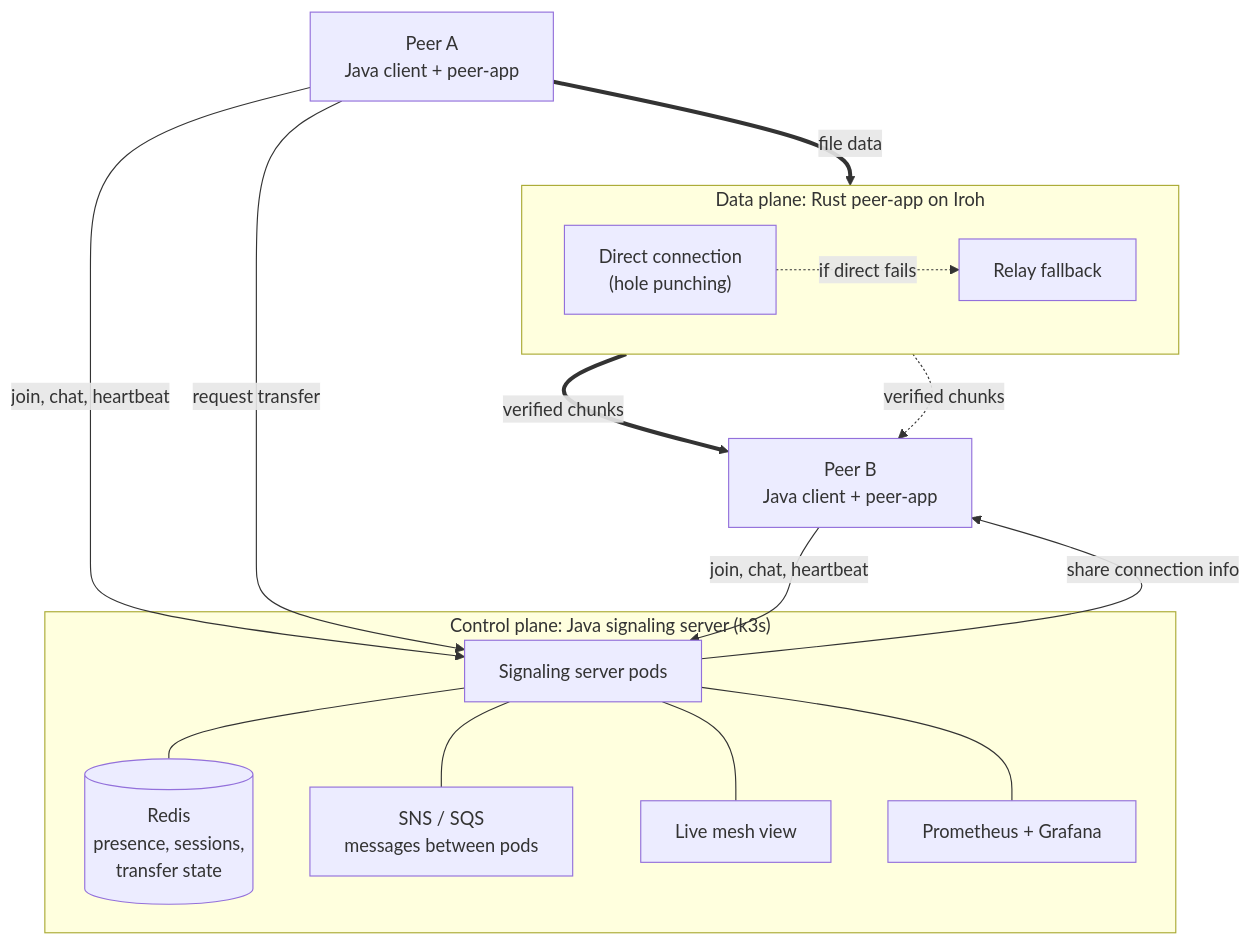
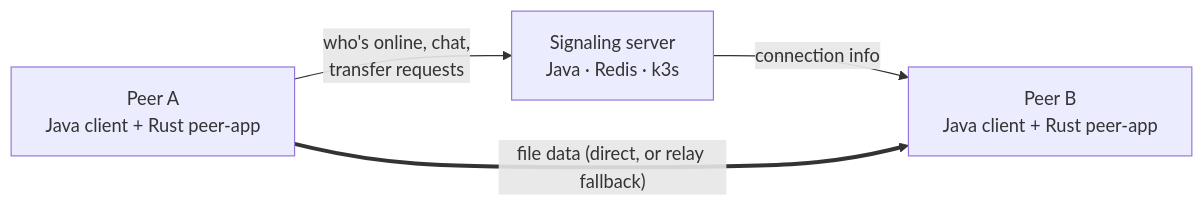
Before and after one commit to shobhit157/Aperture: the first of 2 diagrams in README.md, drawn with Mermaid. The commit also changed other lines of this file, not shown here.

````diff
--- a/README.md
+++ b/README.md
@@ -11,33 +13,10 @@
 ```mermaid
-flowchart TB
-    subgraph CP["Control plane: Java signaling server (k3s)"]
-        S["Signaling server pods"]
-        Redis[("Redis<br/>presence, sessions,<br/>transfer state")]
-        SNS["SNS / SQS<br/>messages between pods"]
-        Mesh["Live mesh view"]
-        Prom["Prometheus + Grafana"]
-        S --- Redis
-        S --- SNS
-        S --- Mesh
-        S --- Prom
-    end
+flowchart LR
+    A["Peer A<br/>Java client + Rust peer-app"]
+    B["Peer B<br/>Java client + Rust peer-app"]
+    S["Signaling server<br/>Java · Redis · k3s"]
 
-    A["Peer A<br/>Java client + peer-app"]
-    B["Peer B<br/>Java client + peer-app"]
-
-    A -- "join, chat, heartbeat" --> S
-    B -- "join, chat, heartbeat" --> S
-    A -- "request transfer" --> S
-    S -- "share connection info" --> B
-
-    subgraph DP["Data plane: Rust peer-app on Iroh"]
-        direction LR
-        Direct["Direct connection<br/>(hole punching)"]
-        Relay["Relay fallback"]
-    end
-
-    A == "file data" ==> Direct
-    Direct -. "if direct fails" .-> Relay
-    Direct == "verified chunks" ==> B
-    Relay -. "verified chunks" .-> B
+    A -- "who's online, chat,<br/>transfer requests" --> S
+    S -- "connection info" --> B
+    A == "file data (direct, or relay fallback)" ==> B
 ```
````
